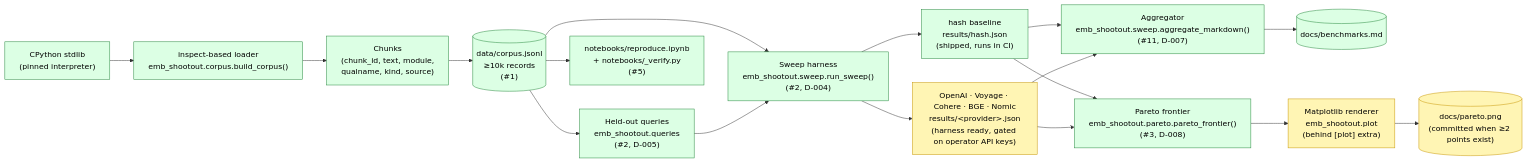
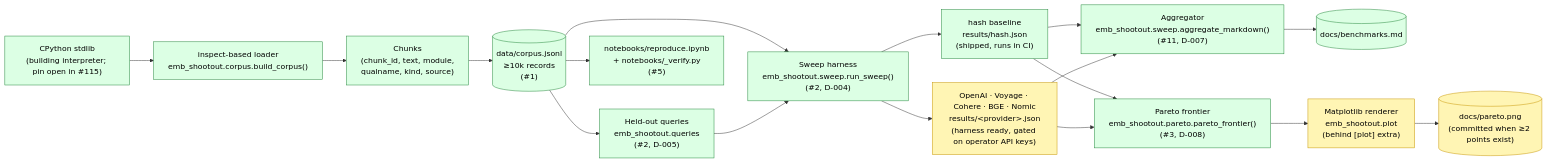
One commit to jt-mchorse/embedding-model-shootout changed the diagram in docs/architecture.md. Above: the diagram before and after it, drawn with Mermaid. The commit also changed 4 other files, not shown here.

First line of the commit message:
docs: stop calling the corpus interpreter pinned while nothing pins it (#160) (#161)

````diff
--- a/docs/architecture.md
+++ b/docs/architecture.md
@@ -5,28 +5,28 @@
 ```mermaid
 flowchart LR
     classDef shipped fill:#dcffe4,stroke:#22863a,color:#000
     classDef opkey   fill:#fff5b4,stroke:#c69400,color:#000
 
-    Py["CPython stdlib<br/>(pinned interpreter)"]:::shipped --> Insp["inspect-based loader<br/>emb_shootout.corpus.build_corpus()"]:::shipped
+    Py["CPython stdlib<br/>(building interpreter; pin open in #115)"]:::shipped --> Insp["inspect-based loader<br/>emb_shootout.corpus.build_corpus()"]:::shipped
     Insp --> Chunks["Chunks<br/>(chunk_id, text, module,<br/>qualname, kind, source)"]:::shipped
     Chunks --> JSONL[("data/corpus.jsonl<br/>≥10k records<br/>(#1)")]:::shipped
 
     JSONL --> Queries["Held-out queries<br/>emb_shootout.queries<br/>(#2, D-005)"]:::shipped
     JSONL --> Sweep["Sweep harness<br/>emb_shootout.sweep.run_sweep()<br/>(#2, D-004)"]:::shipped
     Queries --> Sweep
     Sweep --> Hash["hash baseline<br/>results/hash.json<br/>(shipped, runs in CI)"]:::shipped
     Sweep --> Real["OpenAI · Voyage · Cohere · BGE · Nomic<br/>results/&lt;provider&gt;.json<br/>(harness ready, gated on operator API keys)"]:::opkey
 
     Hash --> Agg["Aggregator<br/>emb_shootout.sweep.aggregate_markdown()<br/>(#11, D-007)"]:::shipped
     Real --> Agg
     Agg --> Bench[("docs/benchmarks.md")]:::shipped
 
     Hash --> Pareto["Pareto frontier<br/>emb_shootout.pareto.pareto_frontier()<br/>(#3, D-008)"]:::shipped
     Real --> Pareto
     Pareto --> Plot["Matplotlib renderer<br/>emb_shootout.plot<br/>(behind [plot] extra)"]:::opkey
     Plot --> PNG[("docs/pareto.png<br/>(committed when ≥2 points exist)")]:::opkey
 
     JSONL --> Notebook["notebooks/reproduce.ipynb<br/>+ notebooks/_verify.py<br/>(#5)"]:::shipped
 
     classDef _legend stroke-dasharray:3 3
 ```
````
